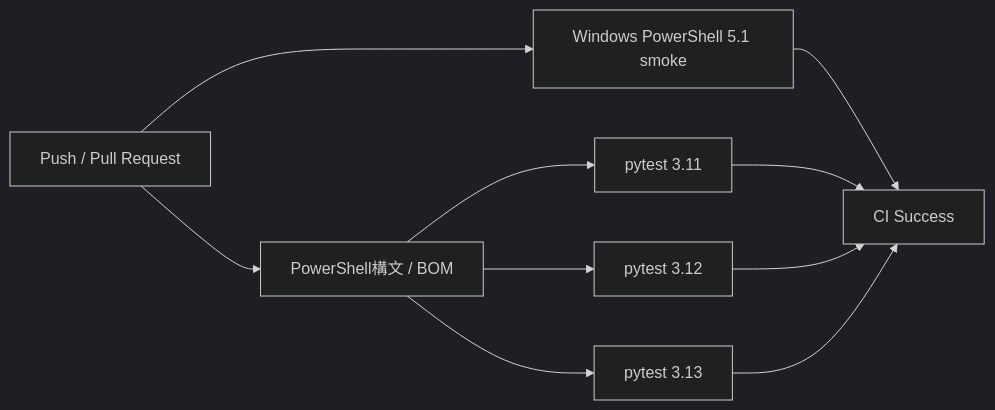
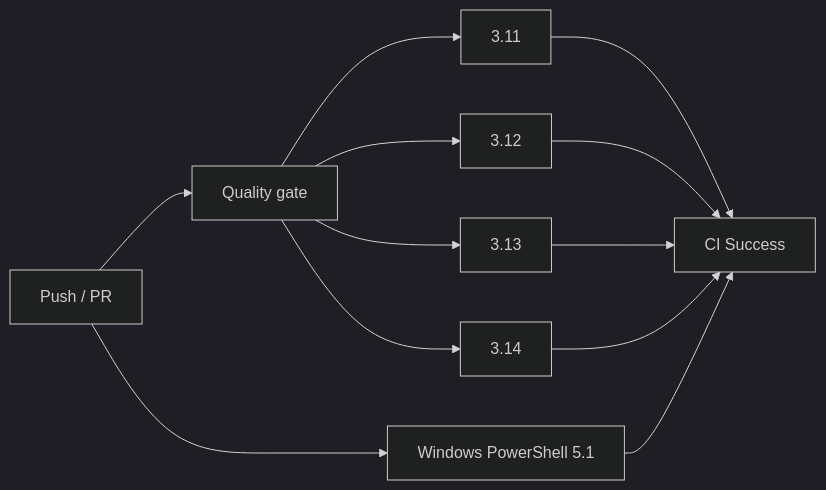
Before and after one commit to k-systems202208/python-sqlite-tailscale-webapp-template: the fifth of 8 diagrams in README.md, drawn with Mermaid (dark theme). The commit also changed other lines of this file and 42 other files, not shown here.

````diff
--- a/README.md
+++ b/README.md
@@ -210,12 +228,14 @@
 ```mermaid
 flowchart LR
-    P["Push / Pull Request"] --> S["PowerShell構文 / BOM"]
-    P --> W["Windows PowerShell 5.1 smoke"]
-    S --> T11["pytest 3.11"]
-    S --> T12["pytest 3.12"]
-    S --> T13["pytest 3.13"]
-    W --> OK["CI Success"]
-    T11 --> OK
-    T12 --> OK
-    T13 --> OK
+    P["Push / PR"] --> Q["Quality gate"]
+    Q --> P11["3.11"]
+    Q --> P12["3.12"]
+    Q --> P13["3.13"]
+    Q --> P14["3.14"]
+    P --> W["Windows PowerShell 5.1"]
+    P11 --> OK["CI Success"]
+    P12 --> OK
+    P13 --> OK
+    P14 --> OK
+    W --> OK
 ```
````
